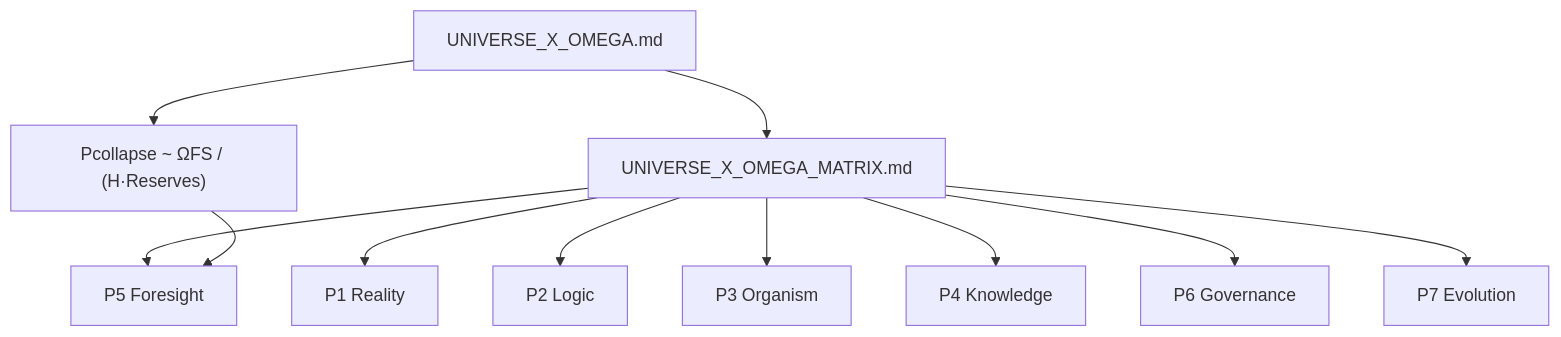
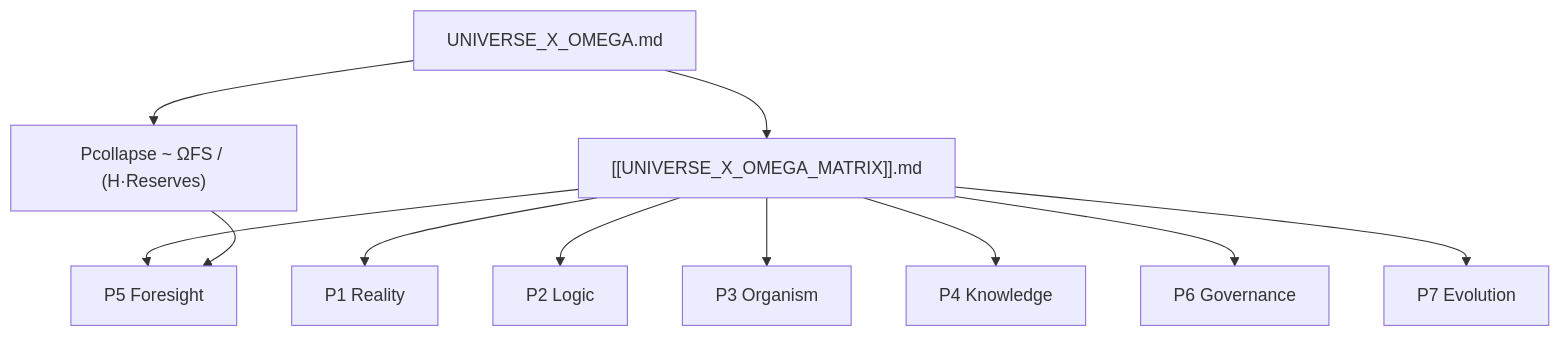
One commit to trangyp/AMOS-OS changed the second of 4 diagrams in 25_COGNITIVE_MATRIX/UNIVERSE_X_OMEGA.md. Above: the diagram before and after it, drawn with Mermaid. The commit also changed other lines of this file and 4021 other files, not shown here.

````diff
--- a/25_COGNITIVE_MATRIX/UNIVERSE_X_OMEGA.md
+++ b/25_COGNITIVE_MATRIX/UNIVERSE_X_OMEGA.md
@@ -3783,28 +3783,28 @@
 ```mermaid
 flowchart TD
 
     SPEC["UNIVERSE_X_OMEGA.md"]
     EQ["Pcollapse ~ ΩFS / (H·Reserves)"]
 
-    MATRIX["UNIVERSE_X_OMEGA_MATRIX.md"]
+    MATRIX["[[UNIVERSE_X_OMEGA_MATRIX]].md"]
     P1["P1 Reality"]
     P2["P2 Logic"]
     P3["P3 Organism"]
     P4["P4 Knowledge"]
     P5["P5 Foresight"]
     P6["P6 Governance"]
     P7["P7 Evolution"]
 
     SPEC --> EQ
     SPEC --> MATRIX
 
     MATRIX --> P1
     MATRIX --> P2
     MATRIX --> P3
     MATRIX --> P4
     MATRIX --> P5
     MATRIX --> P6
     MATRIX --> P7
 
     EQ --> P5
 ```
````
